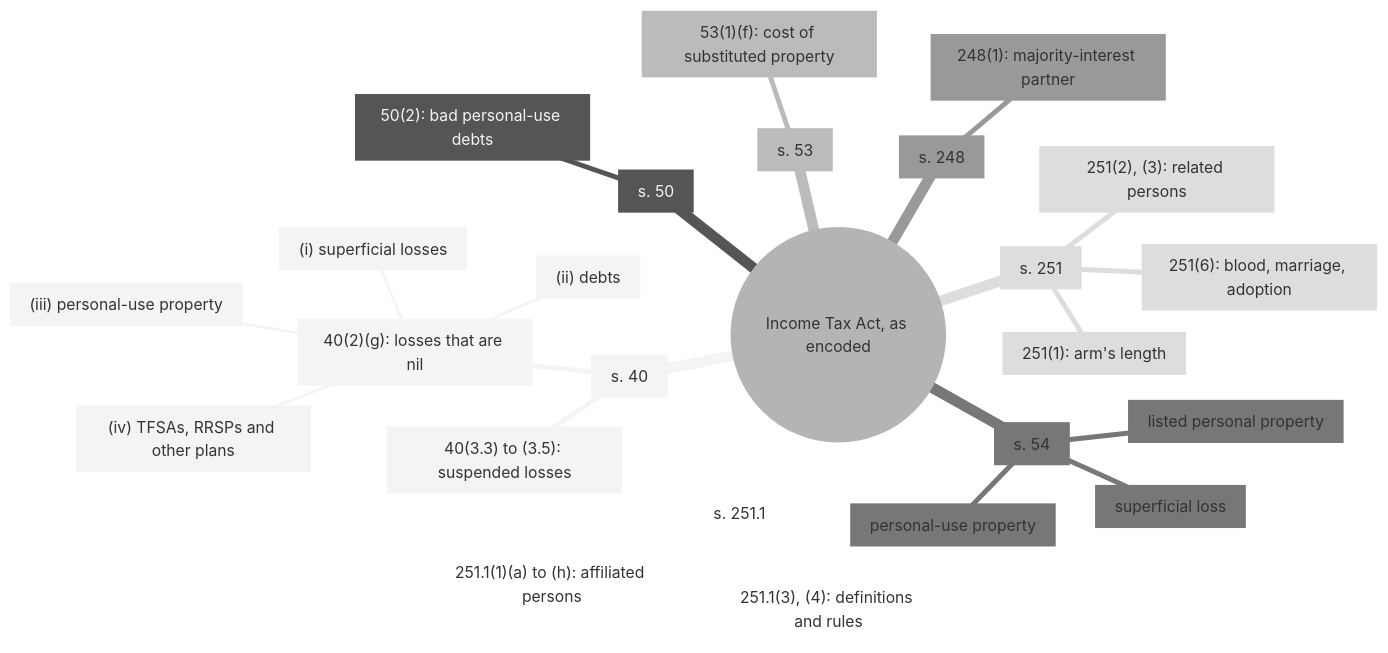
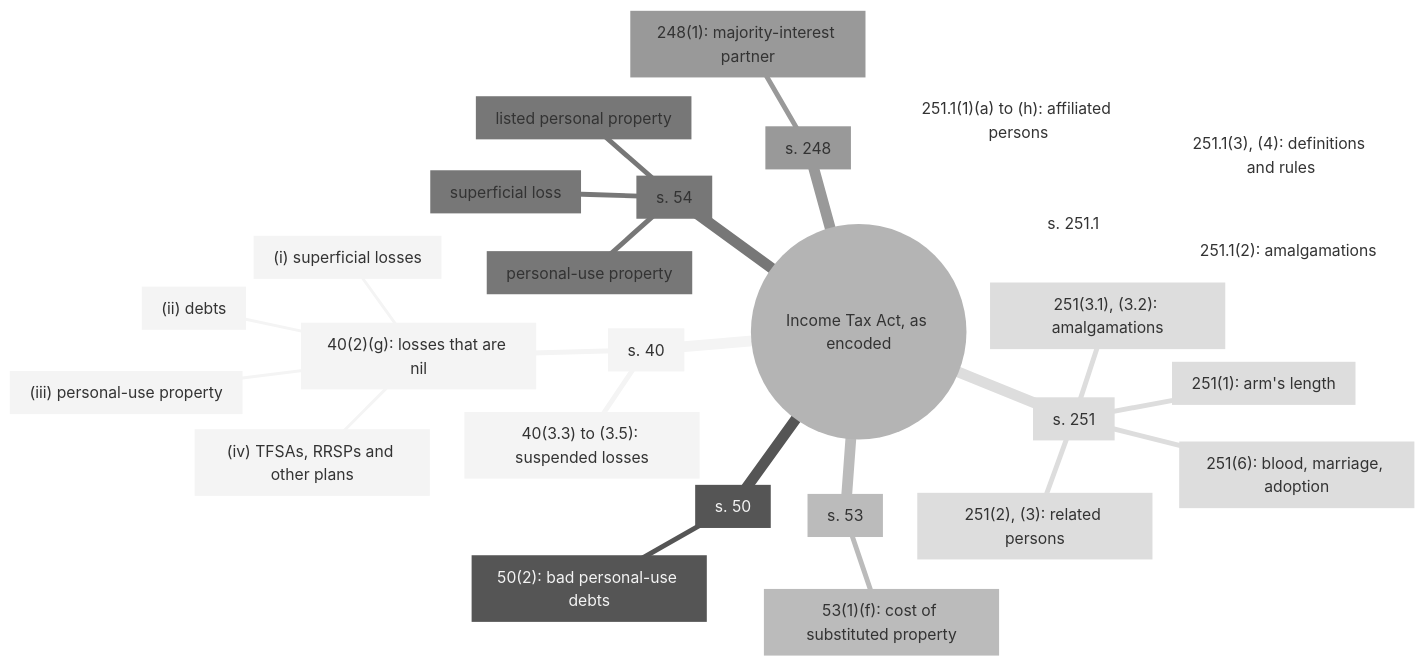
The fourth of 4 diagrams in docs/graphs/dashboard.md (SeanWMurray/Canteen), drawn with Mermaid (neutral theme) before and after one commit. The commit also changed other lines of this file and 15 other files, not shown here.

````diff
--- a/docs/graphs/dashboard.md
+++ b/docs/graphs/dashboard.md
@@ -66,28 +66,30 @@
 ```mermaid
 mindmap
   root((Income Tax Act, as encoded))
     n0["`s. 40`"]
       n1["`40(2)(g): losses that are nil`"]
         n2["`(i) superficial losses`"]
         n3["`(ii) debts`"]
         n4["`(iii) personal-use property`"]
         n5["`(iv) TFSAs, RRSPs and other plans`"]
       n6["`40(3.3) to (3.5): suspended losses`"]
     n7["`s. 50`"]
       n8["`50(2): bad personal-use debts`"]
     n9["`s. 53`"]
       n10["`53(1)(f): cost of substituted property`"]
     n11["`s. 54`"]
       n12["`superficial loss`"]
       n13["`personal-use property`"]
       n14["`listed personal property`"]
     n15["`s. 248`"]
       n16["`248(1): majority-interest partner`"]
     n17["`s. 251`"]
       n18["`251(1): arm's length`"]
       n19["`251(2), (3): related persons`"]
-      n20["`251(6): blood, marriage, adoption`"]
-    n21["`s. 251.1`"]
-      n22["`251.1(1)(a) to (h): affiliated persons`"]
-      n23["`251.1(3), (4): definitions and rules`"]
+      n20["`251(3.1), (3.2): amalgamations`"]
+      n21["`251(6): blood, marriage, adoption`"]
+    n22["`s. 251.1`"]
+      n23["`251.1(1)(a) to (h): affiliated persons`"]
+      n24["`251.1(2): amalgamations`"]
+      n25["`251.1(3), (4): definitions and rules`"]
 ```
````
